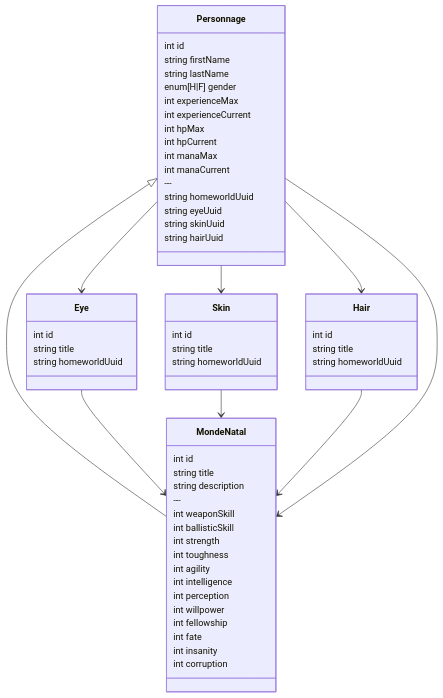
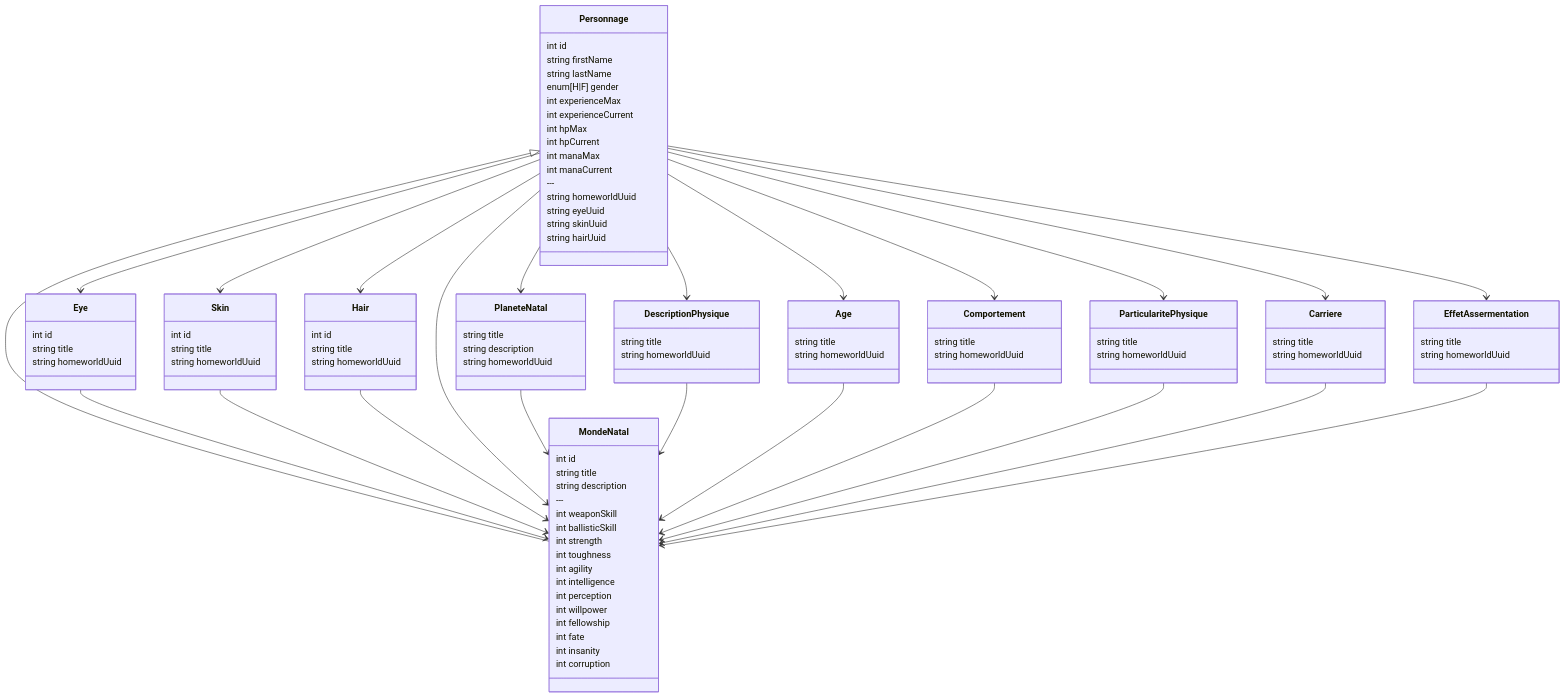
The diagram in architecture.md (angelshurikan/w40k), drawn with Mermaid before and after one commit. The commit also changed other lines of this file and 11 other files, not shown here.

Commit message:
✨ Ajout de nouveaux types d'items : Planète natale, Description physique, Âge, Comportement, Particularité physique, Carrière et Effet d’assermentation avec leurs feuilles d'item respectives

````diff
--- a/architecture.md
+++ b/architecture.md
@@ -77,6 +100,36 @@
       int corruption
     }
 
+    class PlaneteNatal {
+      string title
+      string description
+      string homeworldUuid
+    }
+    class DescriptionPhysique {
+      string title
+      string homeworldUuid
+    }
+    class Age {
+      string title
+      string homeworldUuid
+    }
+    class Comportement {
+      string title
+      string homeworldUuid
+    }
+    class ParticularitePhysique {
+      string title
+      string homeworldUuid
+    }
+    class Carriere {
+      string title
+      string homeworldUuid
+    }
+    class EffetAssermentation {
+      string title
+      string homeworldUuid
+    }
+
     %% MondeNatal définit les valeurs de base (copiées) des caractéristiques du Personnage
     Personnage <|-- MondeNatal
 
@@ -94,4 +147,20 @@
     Personnage --> Eye
     Personnage --> Skin
     Personnage --> Hair
+
+    Personnage --> PlaneteNatal
+    Personnage --> DescriptionPhysique
+    Personnage --> Age
+    Personnage --> Comportement
+    Personnage --> ParticularitePhysique
+    Personnage --> Carriere
+    Personnage --> EffetAssermentation
+
+    PlaneteNatal --> MondeNatal
+    DescriptionPhysique --> MondeNatal
+    Age --> MondeNatal
+    Comportement --> MondeNatal
+    ParticularitePhysique --> MondeNatal
+    Carriere --> MondeNatal
+    EffetAssermentation --> MondeNatal
 ```
````
